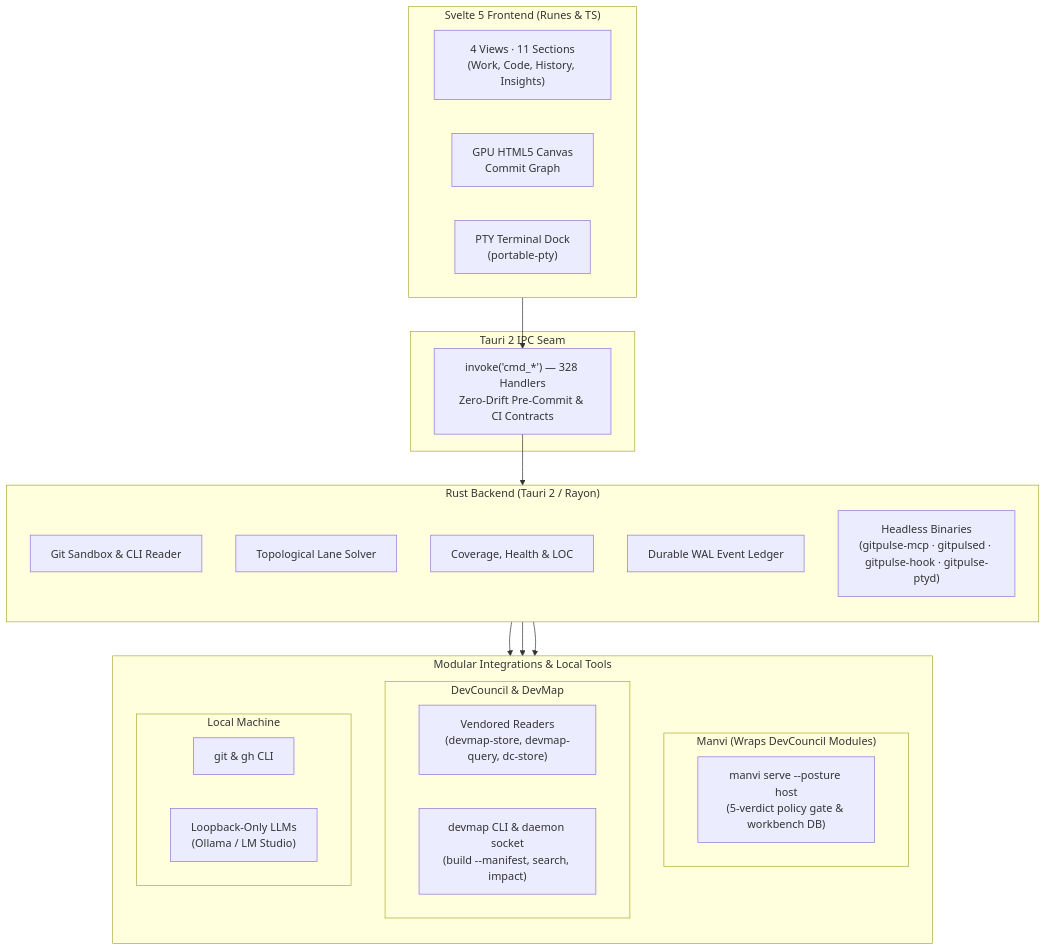
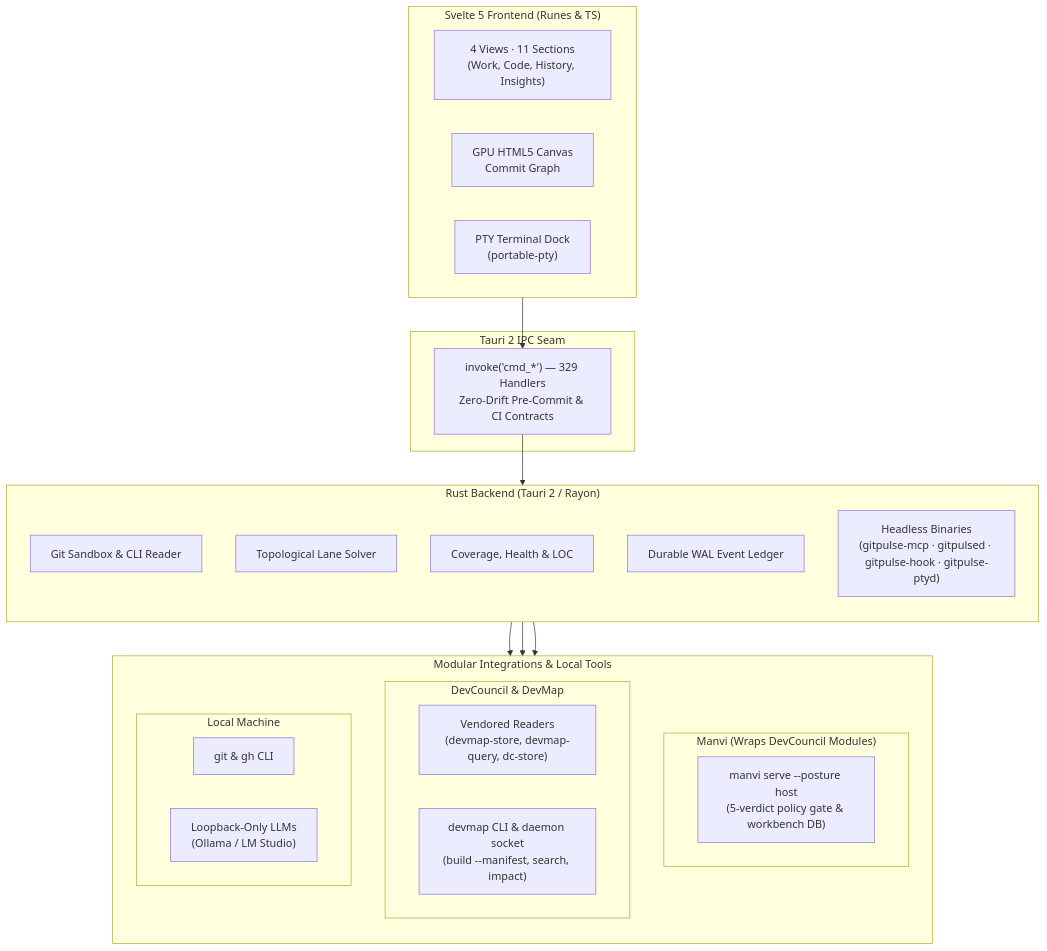
Before and after one commit to bharathvbcr/GitPulse: the diagram in README.md, drawn with Mermaid. The commit also changed 25 other files, not shown here.

````diff
--- a/README.md
+++ b/README.md
@@ -126,43 +126,43 @@
 ```mermaid
 flowchart TB
     subgraph Frontend["Svelte 5 Frontend (Runes & TS)"]
         direction LR
         Views["4 Views · 11 Sections<br/>(Work, Code, History, Insights)"]
         Canvas["GPU HTML5 Canvas<br/>Commit Graph"]
         TerminalDock["PTY Terminal Dock<br/>(portable-pty)"]
     end
 
     subgraph IPC["Tauri 2 IPC Seam"]
-        Bridge["invoke('cmd_*') — 328 Handlers<br/>Zero-Drift Pre-Commit & CI Contracts"]
+        Bridge["invoke('cmd_*') — 329 Handlers<br/>Zero-Drift Pre-Commit & CI Contracts"]
     end
 
     subgraph Backend["Rust Backend (Tauri 2 / Rayon)"]
         direction TB
         GitEngine["Git Sandbox & CLI Reader"]
         LaneSolver["Topological Lane Solver"]
         Analyzers["Coverage, Health & LOC"]
         Ledger["Durable WAL Event Ledger"]
         Headless["Headless Binaries<br/>(gitpulse-mcp · gitpulsed · gitpulse-hook · gitpulse-ptyd)"]
     end
 
     subgraph Integrations["Modular Integrations & Local Tools"]
         direction TB
         subgraph ManviWrap["Manvi (Wraps DevCouncil Modules)"]
             ManviSidecar["manvi serve --posture host<br/>(5-verdict policy gate & workbench DB)"]
         end
         subgraph DevCouncilMods["DevCouncil & DevMap"]
             Vendored["Vendored Readers<br/>(devmap-store, devmap-query, dc-store)"]
             DevMapCLI["devmap CLI & daemon socket<br/>(build --manifest, search, impact)"]
         end
         subgraph LocalTools["Local Machine"]
             CLI["git & gh CLI"]
             LocalLLM["Loopback-Only LLMs<br/>(Ollama / LM Studio)"]
         end
     end
 
     Frontend --> Bridge
     Bridge --> Backend
     Backend --> ManviWrap
     Backend --> DevCouncilMods
     Backend --> LocalTools
 ```
````
